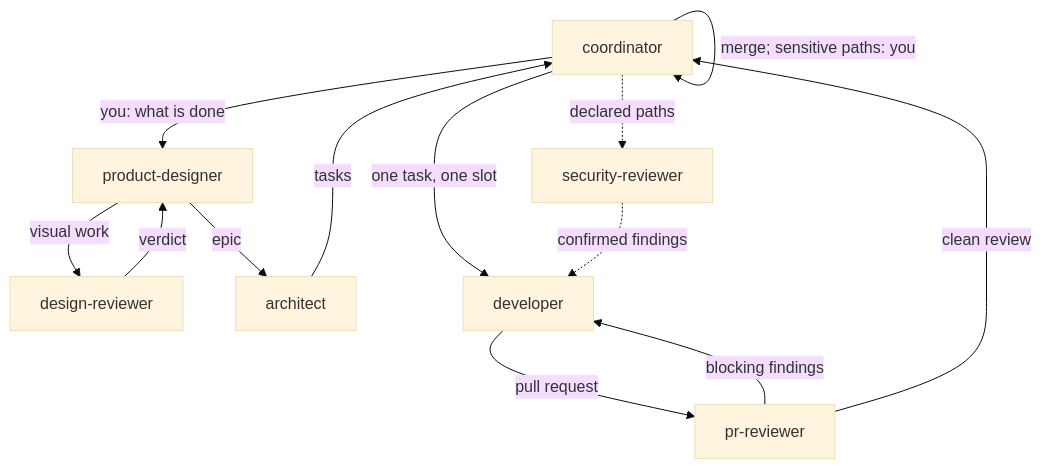
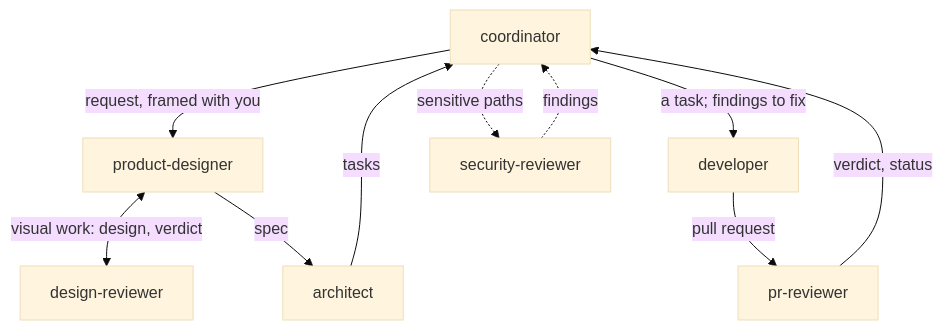
The diagram in README.md (olaurendeau/ola-workflow), drawn with Mermaid (base theme) before and after one commit. The commit also changed other lines of this file and 1 other file, not shown here.

````diff
--- a/README.md
+++ b/README.md
@@ -27,15 +28,12 @@
 ```mermaid
 flowchart TD
-  co[coordinator] -->|"you: what is done"| pd[product-designer]
-  pd -->|"visual work"| dr[design-reviewer]
-  dr -->|"verdict"| pd
-  pd -->|"epic"| ar[architect]
+  co[coordinator] -->|"request, framed with you"| pd[product-designer]
+  pd <-->|"visual work: design, verdict"| dr[design-reviewer]
+  pd -->|"spec"| ar[architect]
   ar -->|"tasks"| co
-  co -->|"one task, one slot"| dv[developer]
+  co -->|"a task; findings to fix"| dv[developer]
   dv -->|"pull request"| pr[pr-reviewer]
-  pr -->|"blocking findings"| dv
-  pr -->|"clean review"| co
-  co -.->|"declared paths"| sr[security-reviewer]
-  sr -.->|"confirmed findings"| dv
-  co -->|"merge; sensitive paths: you"| co
+  pr -->|"verdict, status"| co
+  co -.->|"sensitive paths"| sr[security-reviewer]
+  sr -.->|"findings"| co
 ```
````
